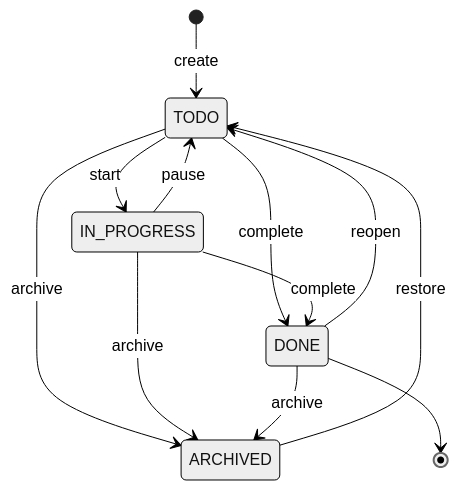
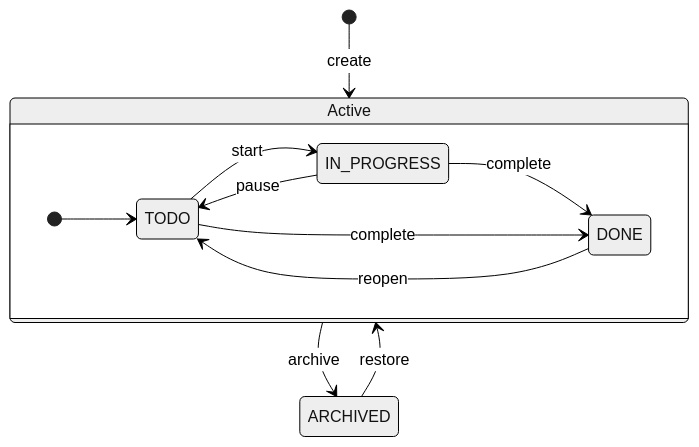
The ninth of 15 diagrams in BOOK.en.md (felipefontoura/spec-driven-development-book), drawn with Mermaid (neutral theme) before and after one commit. The commit also changed other lines of this file and 1 other file, not shown here.

````diff
--- a/BOOK.en.md
+++ b/BOOK.en.md
@@ -1934,14 +1902,18 @@
 ```mermaid
 stateDiagram-v2
-    [*] --> TODO: create
-    TODO --> IN_PROGRESS: start
-    TODO --> DONE: complete
-    IN_PROGRESS --> TODO: pause
-    IN_PROGRESS --> DONE: complete
-    DONE --> TODO: reopen
-    TODO --> ARCHIVED: archive
-    IN_PROGRESS --> ARCHIVED: archive
-    DONE --> ARCHIVED: archive
-    ARCHIVED --> TODO: restore
-    DONE --> [*]
+    [*] --> Active: create
+    state Active {
+        direction LR
+        [*] --> TODO
+        TODO --> IN_PROGRESS: start
+        IN_PROGRESS --> TODO: pause
+        IN_PROGRESS --> DONE: complete
+        TODO --> DONE: complete
+        DONE --> TODO: reopen
+    }
+    Active --> ARCHIVED: archive
+    ARCHIVED --> Active: restore
+
+    class DONE accent
+    class ARCHIVED muted
 ```
````
